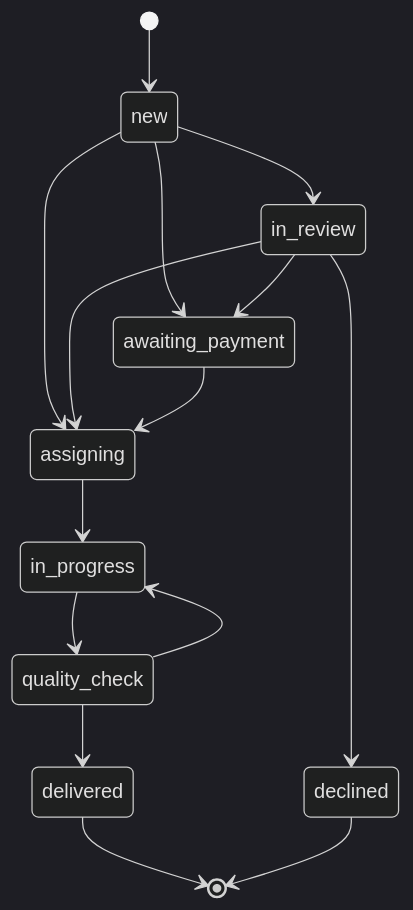
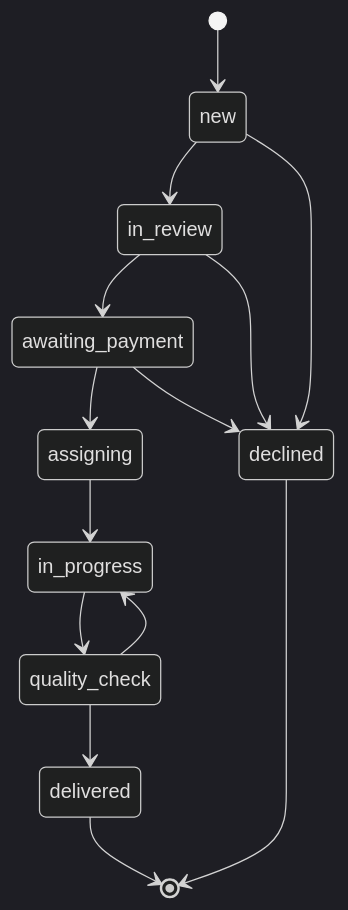
The diagram in docs/tjenestemodell.md (andersenbetul-alt/BETA-ART), drawn with Mermaid (dark theme) before and after one commit. The commit also changed other lines of this file and 25 other files, not shown here.

````diff
--- a/docs/tjenestemodell.md
+++ b/docs/tjenestemodell.md
@@ -83,17 +114,16 @@
 ```mermaid
 stateDiagram-v2
     [*] --> new
     new --> in_review
-    new --> awaiting_payment
-    new --> assigning
+    new --> declined
     in_review --> awaiting_payment
-    in_review --> assigning
     in_review --> declined
     awaiting_payment --> assigning
+    awaiting_payment --> declined
     assigning --> in_progress
     in_progress --> quality_check
     quality_check --> delivered
     quality_check --> in_progress
     delivered --> [*]
     declined --> [*]
 ```
````
